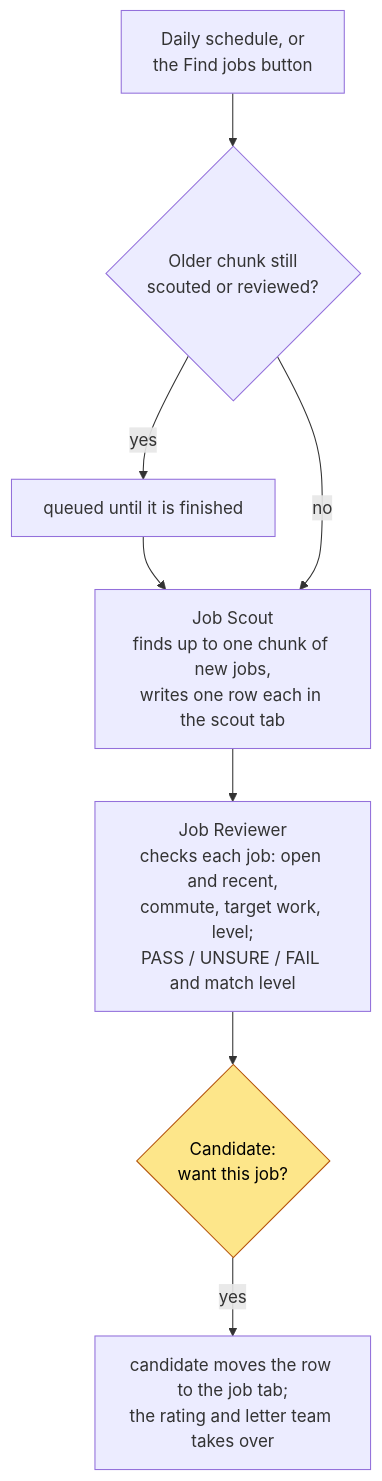
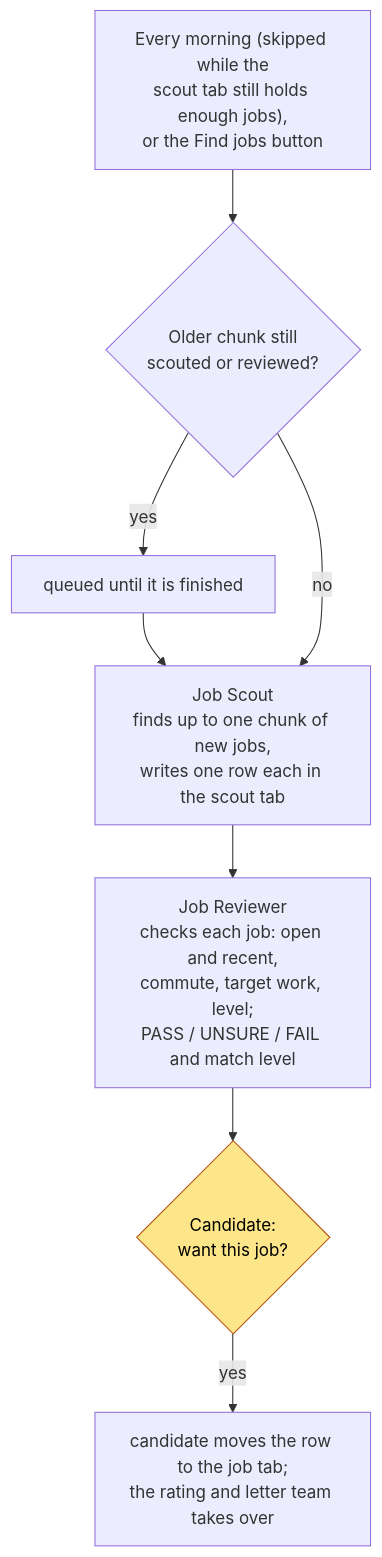
Before and after one commit to iansteffy-droid/Jobject-My-Job-Application-Agents: the second of 2 diagrams in README.md, drawn with Mermaid. The commit also changed 5 other files, not shown here.

First line of the commit message:
Scouting: the daily run is skipped while the scout tab still holds enough jobs

````diff
--- a/README.md
+++ b/README.md
@@ -111,11 +111,11 @@
 ```mermaid
 flowchart TD
-    trig["Daily schedule, or<br/>the Find jobs button"] --> q{"Older chunk still<br/>scouted or reviewed?"}
+    trig["Every morning (skipped while the<br/>scout tab still holds enough jobs),<br/>or the Find jobs button"] --> q{"Older chunk still<br/>scouted or reviewed?"}
     q -- yes --> wait["queued until it is finished"] --> scout
     q -- no --> scout["Job Scout<br/>finds up to one chunk of new jobs,<br/>writes one row each in the scout tab"]
     scout --> rev["Job Reviewer<br/>checks each job: open and recent,<br/>commute, target work, level;<br/>PASS / UNSURE / FAIL and match level"]
     rev --> me{"Candidate:<br/>want this job?"}
     me -- yes --> move["candidate moves the row to the job tab;<br/>the rating and letter team takes over"]
     classDef me fill:#fde68a,stroke:#b45309,color:#000
     class me me
 ```
````
